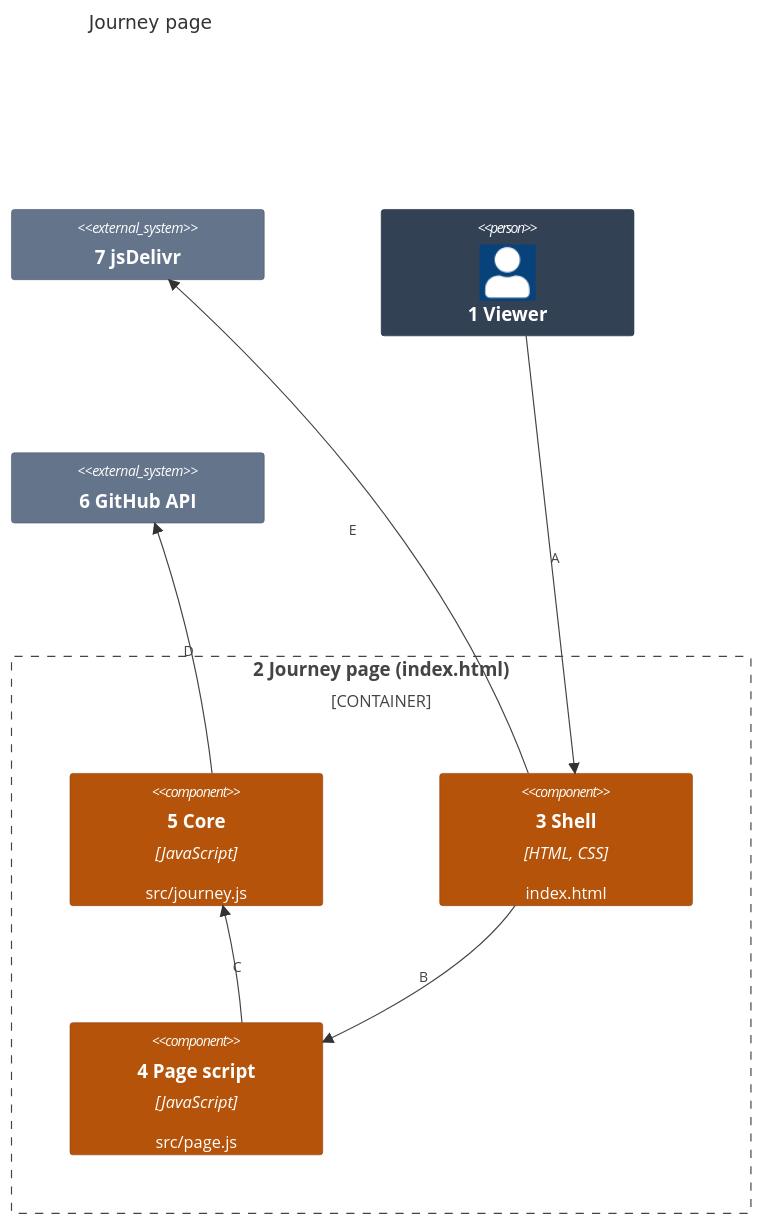
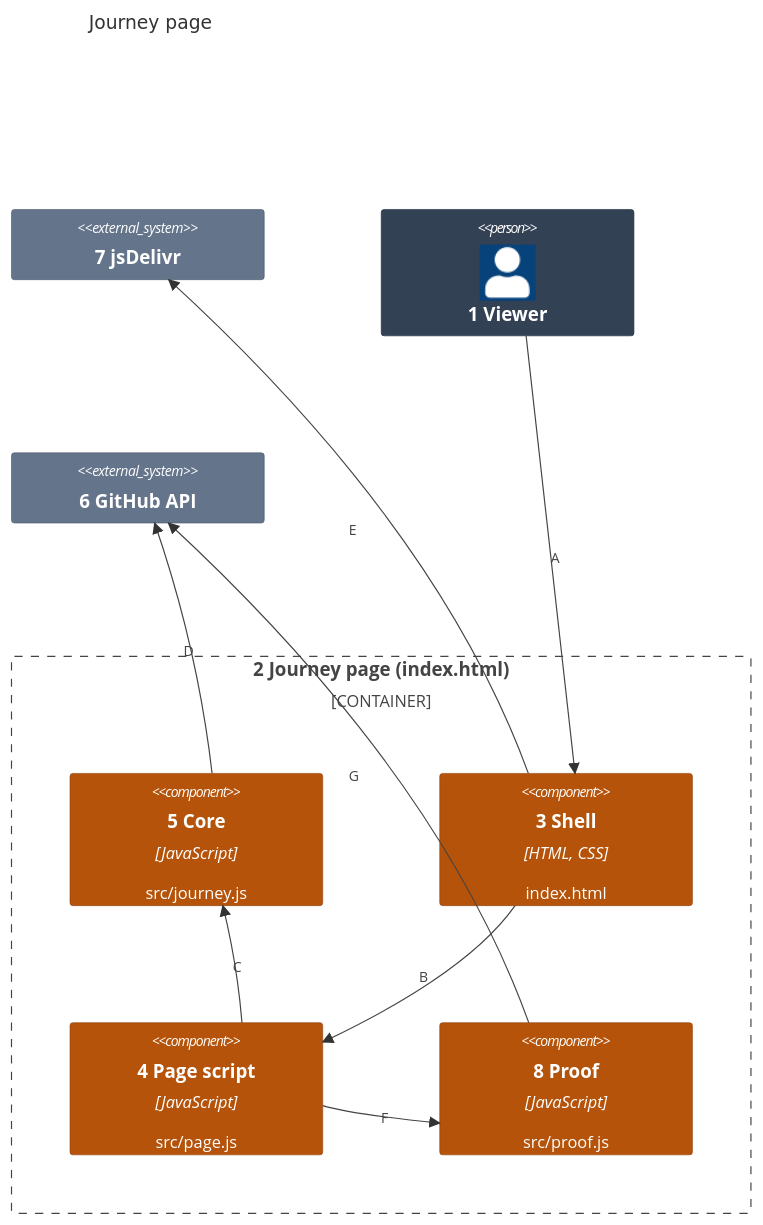
Before and after one commit to may-journal/journey: the first of 2 diagrams in docs/architecture/03-components.md, drawn with Mermaid. The commit also changed other lines of this file and 15 other files, not shown here.

````diff
--- a/docs/architecture/03-components.md
+++ b/docs/architecture/03-components.md
@@ -3,27 +3,31 @@
 ```mermaid
 C4Component
     title Journey page
 
     System_Ext(cdn, "7 jsDelivr")
     Person(viewer, "1 Viewer")
     System_Ext(github, "6 GitHub API")
 
     Container_Boundary(page, "2 Journey page (index.html)") {
         Component(core, "5 Core", "JavaScript", "src/journey.js")
         Component(shell, "3 Shell", "HTML, CSS", "index.html")
         Component(screen, "4 Page script", "JavaScript", "src/page.js")
+        Component(proof, "8 Proof", "JavaScript", "src/proof.js")
     }
 
     Rel(viewer, shell, "A")
     Rel(shell, screen, "B")
     Rel(screen, core, "C")
     Rel(core, github, "D")
     Rel(shell, cdn, "E")
+    Rel(screen, proof, "F")
+    Rel(proof, github, "G")
 
     UpdateElementStyle(viewer, $bgColor="#334155", $borderColor="#1e293b", $fontColor="#ffffff")
     UpdateElementStyle(shell, $bgColor="#b45309", $borderColor="#92400e", $fontColor="#ffffff")
     UpdateElementStyle(screen, $bgColor="#b45309", $borderColor="#92400e", $fontColor="#ffffff")
     UpdateElementStyle(core, $bgColor="#b45309", $borderColor="#92400e", $fontColor="#ffffff")
+    UpdateElementStyle(proof, $bgColor="#b45309", $borderColor="#92400e", $fontColor="#ffffff")
     UpdateElementStyle(github, $bgColor="#64748b", $borderColor="#475569", $fontColor="#ffffff")
     UpdateElementStyle(cdn, $bgColor="#64748b", $borderColor="#475569", $fontColor="#ffffff")
 ```
````
